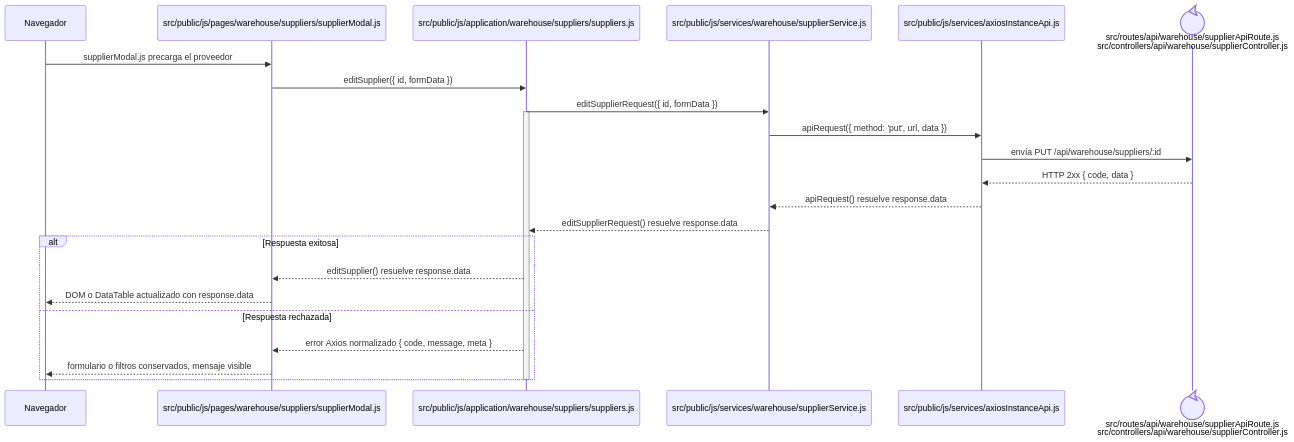
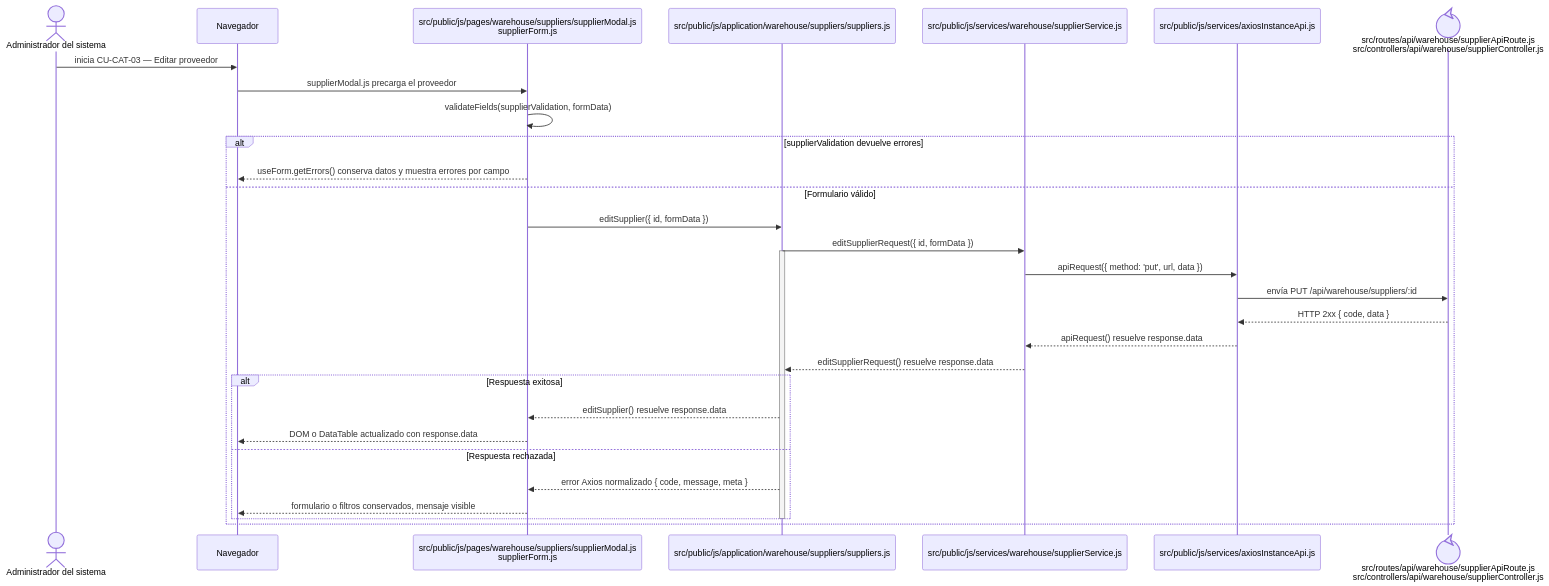
Before and after one commit to gpgsistemas01/nexus: the diagram in docs/architecture/frontend-code-sequences/catalogs/cu-cat-03.md, drawn with Mermaid. The commit also changed 105 other files, not shown here.

````diff
--- a/docs/architecture/frontend-code-sequences/catalogs/cu-cat-03.md
+++ b/docs/architecture/frontend-code-sequences/catalogs/cu-cat-03.md
@@ -6,27 +6,34 @@
 ```mermaid
 sequenceDiagram
+    actor Initiator as Administrador del sistema
     participant Browser as Navegador
-    participant View as src/public/js/pages/warehouse/suppliers/supplierModal.js
+    participant View as src/public/js/pages/warehouse/suppliers/supplierModal.js<br/>supplierForm.js
     participant Application as src/public/js/application/warehouse/suppliers/suppliers.js
     participant Request as src/public/js/services/warehouse/supplierService.js
     participant HTTP as src/public/js/services/axiosInstanceApi.js
     participant Transport@{ "type": "control" } as src/routes/api/warehouse/supplierApiRoute.js<br/>src/controllers/api/warehouse/supplierController.js
 
+    Initiator->>Browser: inicia CU-CAT-03 — Editar proveedor
     Browser->>View: supplierModal.js precarga el proveedor
-    View->>Application: editSupplier({ id, formData })
-    Application->>Request: editSupplierRequest({ id, formData })
-    activate Application
-    Request->>HTTP: apiRequest({ method: 'put', url, data })
-    HTTP->>Transport: envía PUT /api/warehouse/suppliers/:id
-    Transport-->>HTTP: HTTP 2xx { code, data }
-    HTTP-->>Request: apiRequest() resuelve response.data
-    Request-->>Application: editSupplierRequest() resuelve response.data
-    alt Respuesta exitosa
-        Application-->>View: editSupplier() resuelve response.data
-        View-->>Browser: DOM o DataTable actualizado con response.data
-    else Respuesta rechazada
-        Application-->>View: error Axios normalizado { code, message, meta }
-        View-->>Browser: formulario o filtros conservados, mensaje visible
+    View->>View: validateFields(supplierValidation, formData)
+    alt supplierValidation devuelve errores
+        View-->>Browser: useForm.getErrors() conserva datos y muestra errores por campo
+    else Formulario válido
+        View->>Application: editSupplier({ id, formData })
+        Application->>Request: editSupplierRequest({ id, formData })
+        activate Application
+        Request->>HTTP: apiRequest({ method: 'put', url, data })
+        HTTP->>Transport: envía PUT /api/warehouse/suppliers/:id
+        Transport-->>HTTP: HTTP 2xx { code, data }
+        HTTP-->>Request: apiRequest() resuelve response.data
+        Request-->>Application: editSupplierRequest() resuelve response.data
+        alt Respuesta exitosa
+            Application-->>View: editSupplier() resuelve response.data
+            View-->>Browser: DOM o DataTable actualizado con response.data
+        else Respuesta rechazada
+            Application-->>View: error Axios normalizado { code, message, meta }
+            View-->>Browser: formulario o filtros conservados, mensaje visible
+        end
+        deactivate Application
     end
-    deactivate Application
 ```
````
